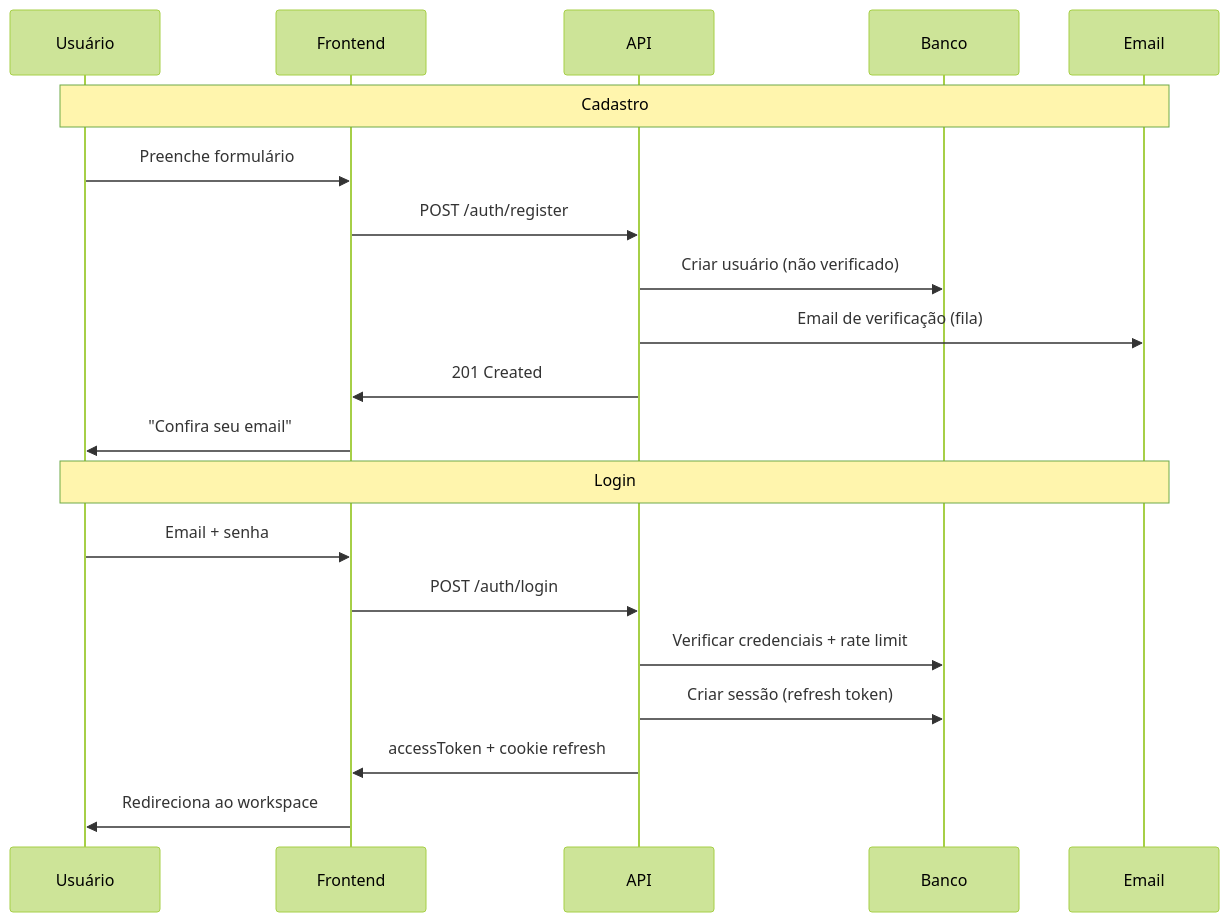
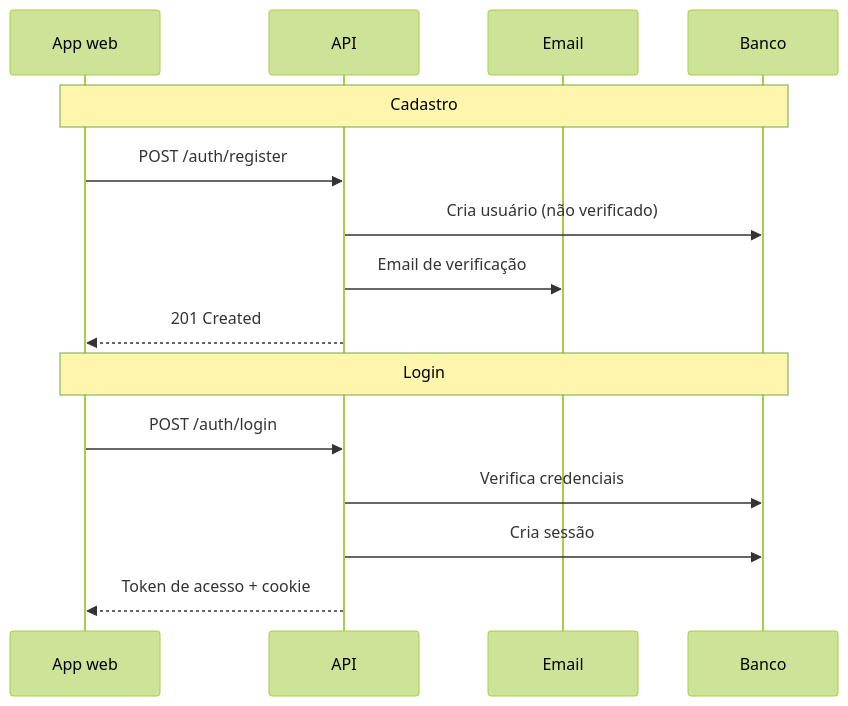
One commit to felipefontoura/spec-driven-development-book changed the seventh of 15 diagrams in BOOK.pt-BR.md. Above: the diagram before and after it, drawn with Mermaid (forest theme). The commit also changed other lines of this file and 1 other file, not shown here.

````diff
--- a/BOOK.pt-BR.md
+++ b/BOOK.pt-BR.md
@@ -1141,24 +1151,19 @@
 ```mermaid
 sequenceDiagram
-    participant U as Usuário
-    participant F as Frontend
+    participant W as App web
     participant A as API
+    participant E as Email
     participant D as Banco
-    participant E as Email
 
-    Note over U,E: Cadastro
-    U->>F: Preenche formulário
-    F->>A: POST /auth/register
-    A->>D: Criar usuário (não verificado)
-    A->>E: Email de verificação (fila)
-    A->>F: 201 Created
-    F->>U: "Confira seu email"
+    Note over W,D: Cadastro
+    W->>A: POST /auth/register
+    A->>D: Cria usuário (não verificado)
+    A->>E: Email de verificação
+    A-->>W: 201 Created
 
-    Note over U,E: Login
-    U->>F: Email + senha
-    F->>A: POST /auth/login
-    A->>D: Verificar credenciais + rate limit
-    A->>D: Criar sessão (refresh token)
-    A->>F: accessToken + cookie refresh
-    F->>U: Redireciona ao workspace
+    Note over W,D: Login
+    W->>A: POST /auth/login
+    A->>D: Verifica credenciais
+    A->>D: Cria sessão
+    A-->>W: Token de acesso + cookie
 ```
````
